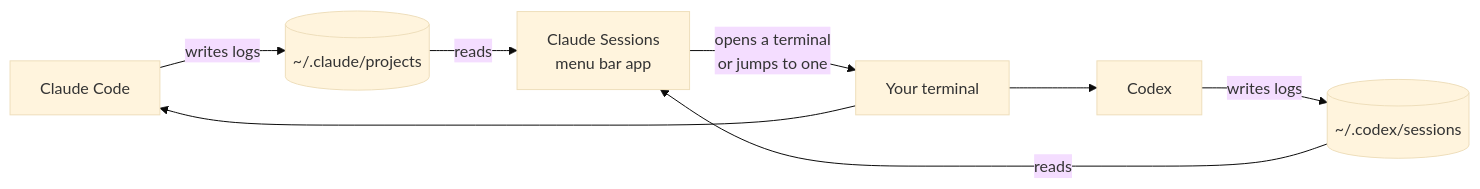
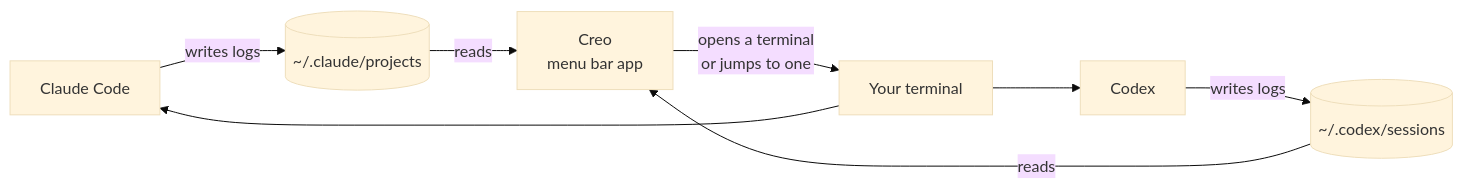
Before and after one commit to RaazKetan/creo: the first of 8 diagrams in ARCHITECTURE.md, drawn with Mermaid (base theme). The commit also changed other lines of this file and 20 other files, not shown here.

Commit message:
Rebrand menu bar app as Creo

````diff
--- a/ARCHITECTURE.md
+++ b/ARCHITECTURE.md
@@ -10,10 +10,10 @@
 ```mermaid
 flowchart LR
     CC["Claude Code"] -->|writes logs| L[("~/.claude/projects")]
     CX["Codex"] -->|writes logs| L2[("~/.codex/sessions")]
-    L -->|reads| APP["Claude Sessions<br/>menu bar app"]
+    L -->|reads| APP["Creo<br/>menu bar app"]
     L2 -->|reads| APP
     APP -->|"opens a terminal<br/>or jumps to one"| T["Your terminal"]
     T --> CC
     T --> CX
 ```
````
